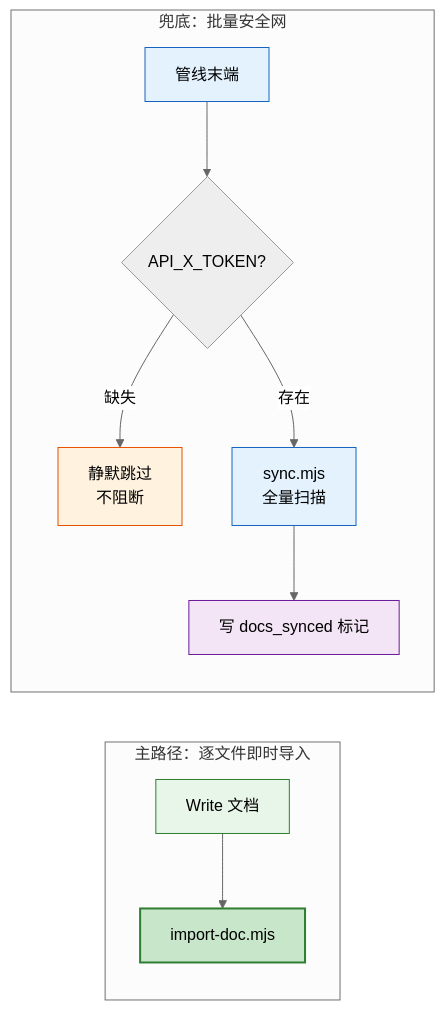
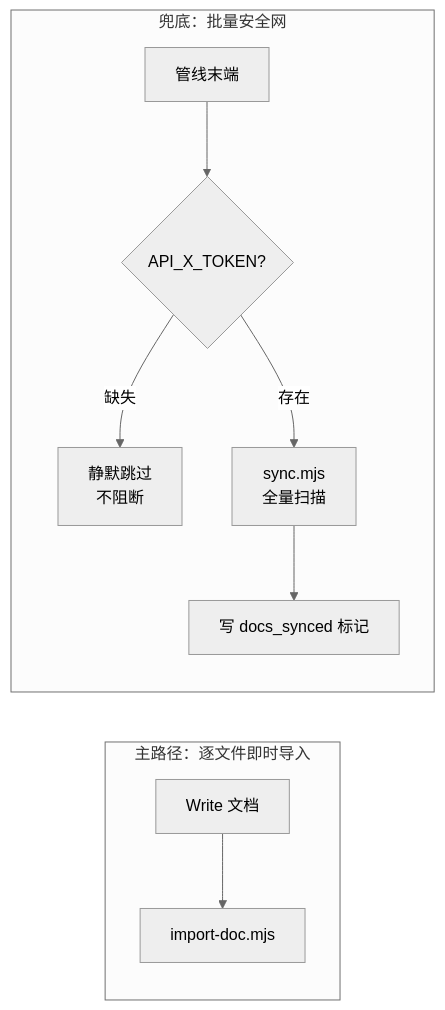
Before and after one commit to effiy/YrY: the sixth of 8 diagrams in skills/rui-import/SKILL.md, drawn with Mermaid (neutral theme). The commit also changed other lines of this file and 38 other files, not shown here.

````diff
--- a/skills/rui-import/SKILL.md
+++ b/skills/rui-import/SKILL.md
@@ -289,20 +269,13 @@
 ```mermaid
 flowchart LR
     subgraph 主路径["主路径：逐文件即时导入"]
         W["Write 文档"]:::write --> I["import-doc.mjs<br/><file>"]:::primary
     end
 
     subgraph 兜底["兜底：批量安全网"]
         PIPE["管线末端"]:::s --> CHK{"API_X_TOKEN?"}
         CHK -->|"缺失"| SKIP["静默跳过<br/>不阻断"]:::warn
         CHK -->|"存在"| RUN["sync.mjs<br/>全量扫描"]:::op
         RUN --> MARK["写 docs_synced 标记"]:::out
     end
-
-    classDef write fill:#e8f5e9,stroke:#2e7d32;
-    classDef primary fill:#c8e6c9,stroke:#2e7d32,stroke-width:2px;
-    classDef s fill:#e3f2fd,stroke:#1565c0;
-    classDef op fill:#e3f2fd,stroke:#1565c0;
-    classDef warn fill:#fff3e0,stroke:#e65100;
-    classDef out fill:#f3e5f5,stroke:#6a1b9a;
 ```
````
